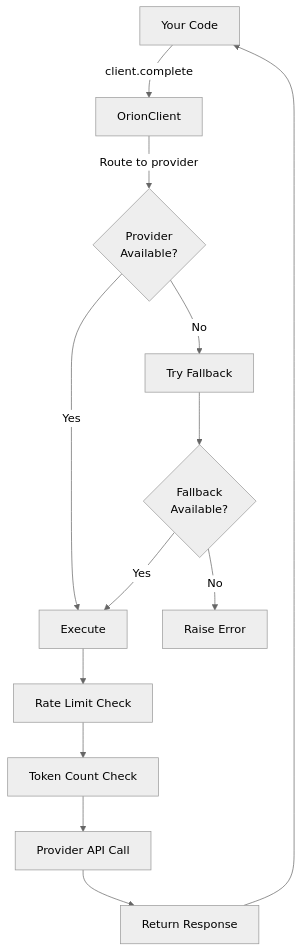
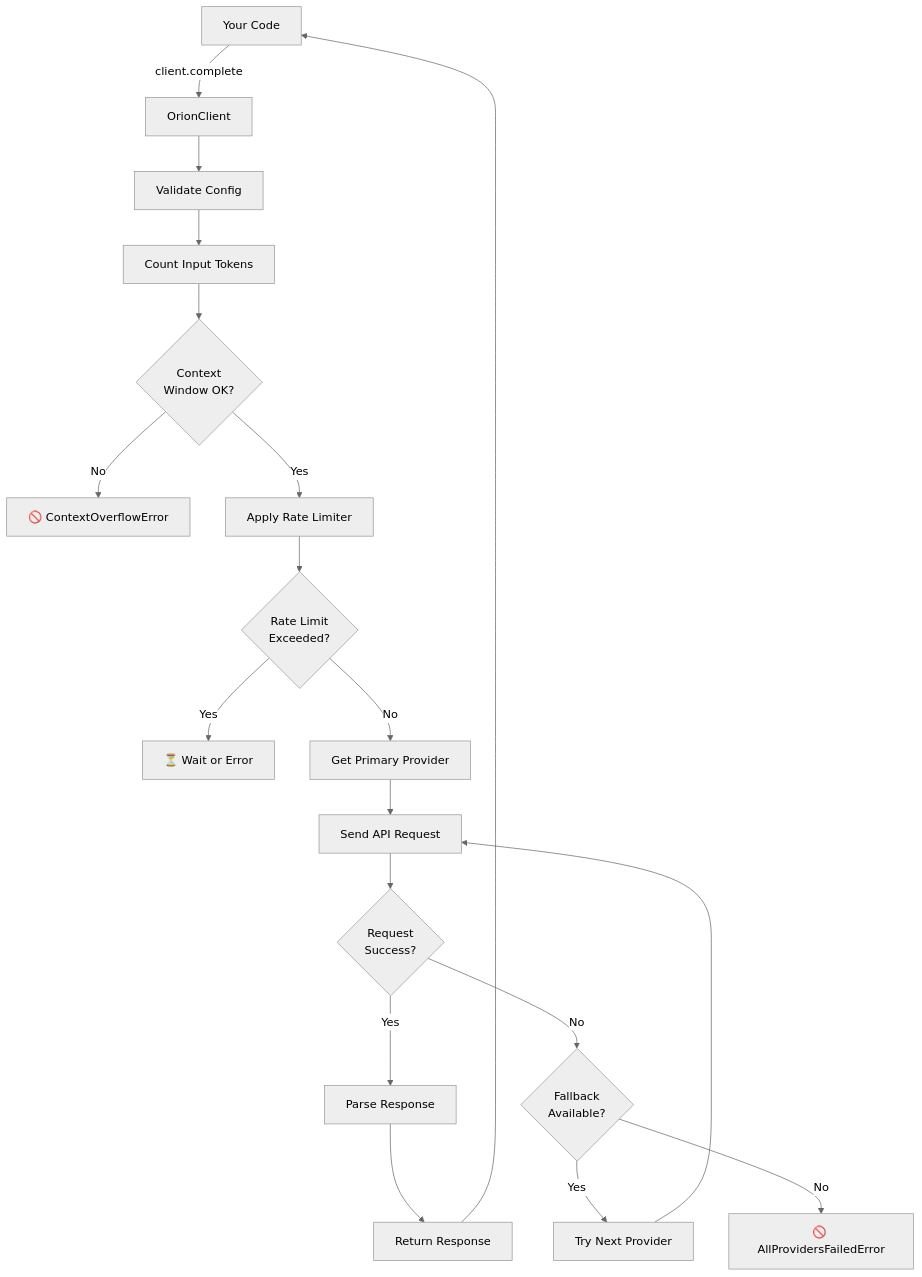
The diagram in README.md (windyworldair/Orion), drawn with Mermaid (neutral theme) before and after one commit. The commit also changed other lines of this file, not shown here.

Commit message:
🚀 Complete README overhaul: 4000+ lines with comprehensive docs, examples, troubleshooting, roadmap, and professional structure

````diff
--- a/README.md
+++ b/README.md
@@ -210,15 +506,21 @@
 ```mermaid
 graph TD
     A["Your Code"] -->|client.complete| B["OrionClient"]
-    B -->|Route to provider| C{Provider<br/>Available?}
-    C -->|Yes| D["Execute"]
-    C -->|No| E["Try Fallback"]
-    E --> F{Fallback<br/>Available?}
-    F -->|Yes| D
-    F -->|No| G["Raise Error"]
-    D --> H["Rate Limit Check"]
-    H --> I["Token Count Check"]
-    I --> J["Provider API Call"]
-    J --> K["Return Response"]
-    K --> A
+    B --> C["Validate Config"]
+    C --> D["Count Input Tokens"]
+    D --> E{Context<br/>Window OK?}
+    E -->|No| F["🚫 ContextOverflowError"]
+    E -->|Yes| G["Apply Rate Limiter"]
+    G --> H{Rate Limit<br/>Exceeded?}
+    H -->|Yes| I["⏳ Wait or Error"]
+    H -->|No| J["Get Primary Provider"]
+    J --> K["Send API Request"]
+    K --> L{Request<br/>Success?}
+    L -->|Yes| M["Parse Response"]
+    L -->|No| N{Fallback<br/>Available?}
+    N -->|Yes| O["Try Next Provider"]
+    O --> K
+    N -->|No| P["🚫 AllProvidersFailedError"]
+    M --> Q["Return Response"]
+    Q --> A
 ```
````
